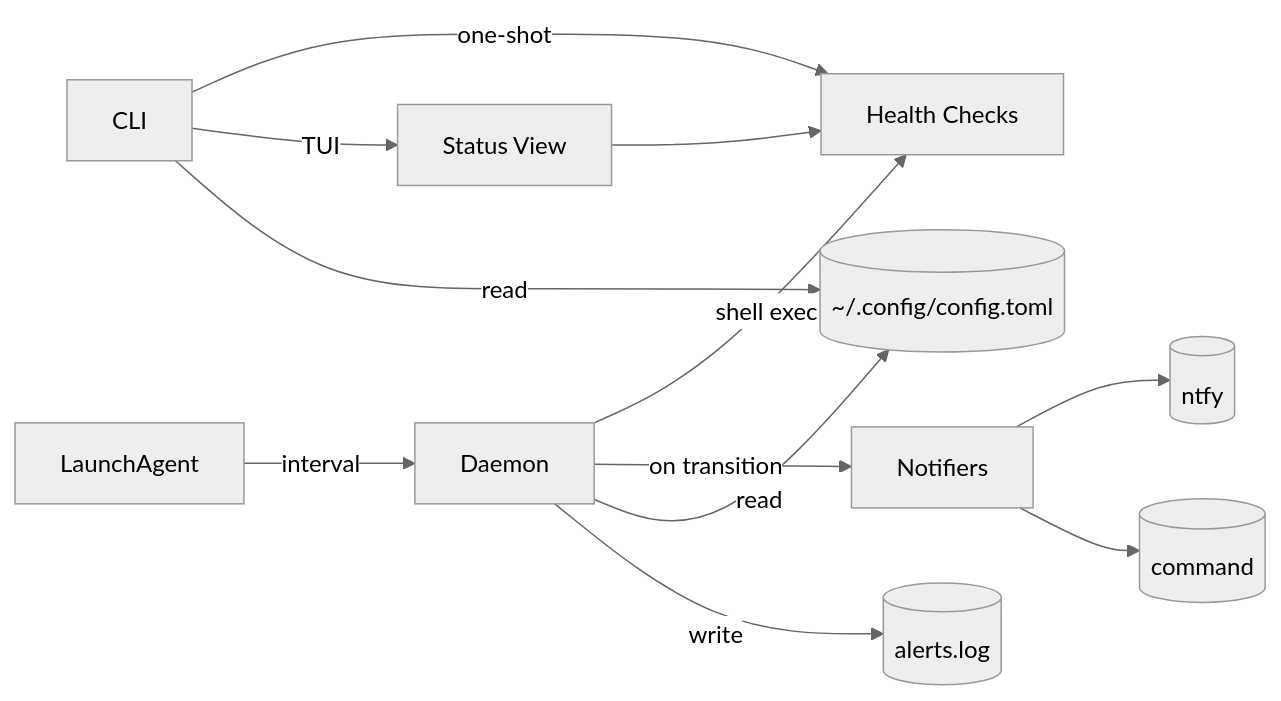
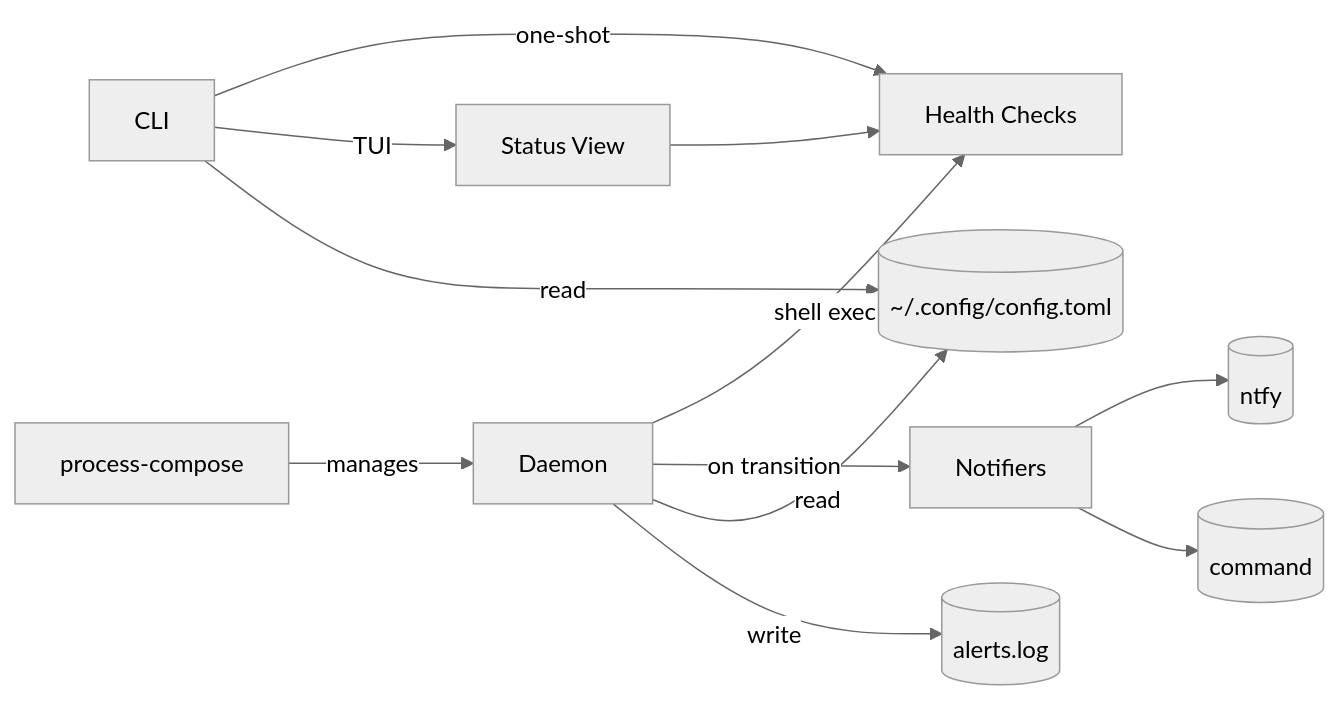
The first of 2 diagrams in docs/ARCHITECTURE.md (uinaf/healthd), drawn with Mermaid (neutral theme) before and after one commit. The commit also changed other lines of this file and 8 other files, not shown here.

Commit message:
refactor: remove daemon/plist code, managed by process-compose now (#30)

````diff
--- a/docs/ARCHITECTURE.md
+++ b/docs/ARCHITECTURE.md
@@ -7,13 +7,13 @@
 ```mermaid
 graph LR
-  Cron[LaunchAgent] -->|interval| Daemon
+  PC[process-compose] -->|manages| Daemon
   Daemon -->|shell exec| Checks[Health Checks]
   Daemon -->|on transition| Notify[Notifiers]
   Notify --> Ntfy[(ntfy)]
   Notify --> Cmd[(command)]
   CLI[CLI] -->|one-shot| Checks
   CLI -->|TUI| Status[Status View]
   Status --> Checks
   Daemon & CLI -->|read| Config[(~/.config/config.toml)]
   Daemon -->|write| Alerts[(alerts.log)]
 ```
````
